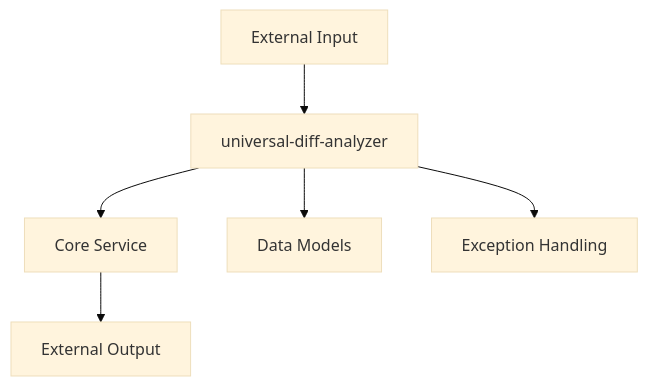
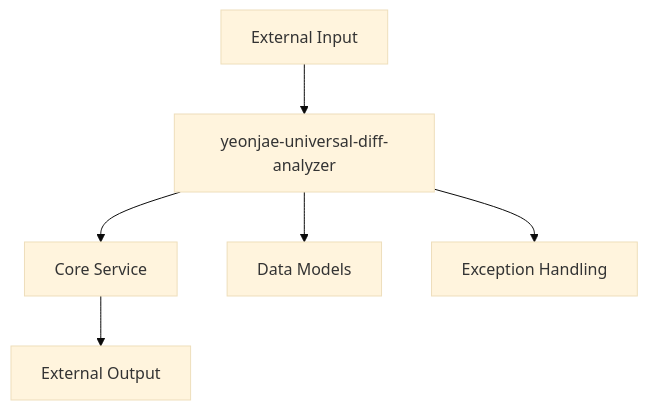
One commit to yeonjae-work/universal-modules changed the first of 4 diagrams in packages/yeonjae-universal-diff-analyzer/docs/technical-specification.md. Above: the diagram before and after it, drawn with Mermaid (base theme). The commit also changed other lines of this file and 11 other files, not shown here.

````diff
--- a/packages/yeonjae-universal-diff-analyzer/docs/technical-specification.md
+++ b/packages/yeonjae-universal-diff-analyzer/docs/technical-specification.md
@@ -23,8 +23,8 @@
 ```mermaid
 graph TB
-    A[External Input] --> B[universal-diff-analyzer]
+    A[External Input] --> B[yeonjae-universal-diff-analyzer]
     B --> C[Core Service]
     B --> D[Data Models]
     B --> E[Exception Handling]
     C --> F[External Output]
 ```
````
